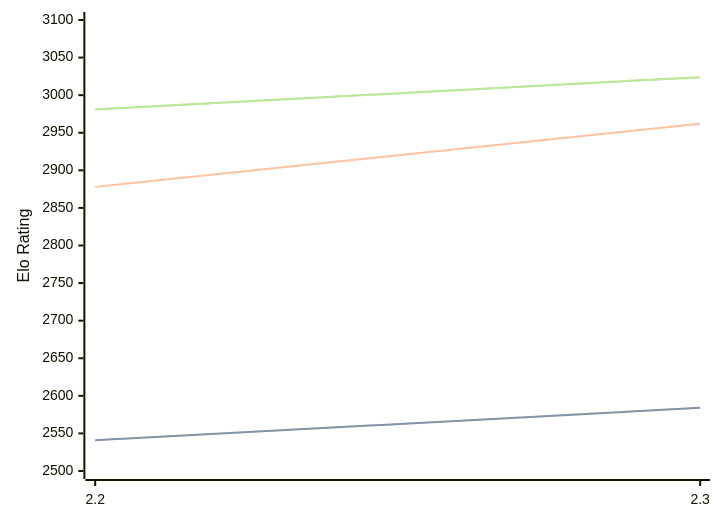
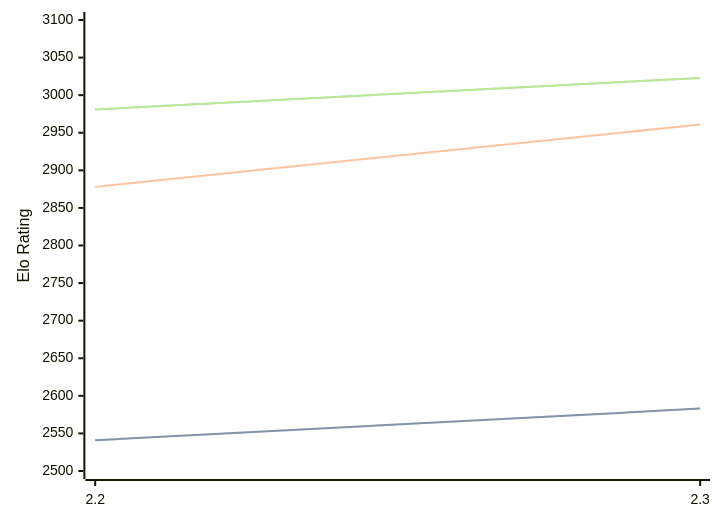
One commit to computer-chess-index/cci changed the diagram in engines/Sloth.md. Above: the diagram before and after it, drawn with Mermaid. The commit also changed other lines of this file, not shown here.

Commit message:
Update CCI Ratings (ELO VLTC) - 2026-10-01

````diff
--- a/engines/Sloth.md
+++ b/engines/Sloth.md
@@ -32,11 +32,11 @@
 ```mermaid
 %%{init: {"theme":"base","themeVariables":{"seriesColors:['#a3a3a3','#222221','#faa371']}}}%%
 xychart-beta
   x-axis ["2.2", "2.3"]
   y-axis "Elo Rating" 2500 --> 3100
-  line "" [2541, 2584]
-  line "STC (8.0+0.08s)" [2541, 2584]
-  line "LTC (60.0+0.60s)" [2878, 2962]
-  line "" [2981, 3024]
-  line "VLTC (2m24s+1.12s)" [2981, 3024]
+  line "" [2541, 2583]
+  line "STC (8.0+0.08s)" [2541, 2583]
+  line "LTC (60.0+0.60s)" [2878, 2961]
+  line "" [2981, 3023]
+  line "VLTC (2m24s+1.12s)" [2981, 3023]
 ```
````
